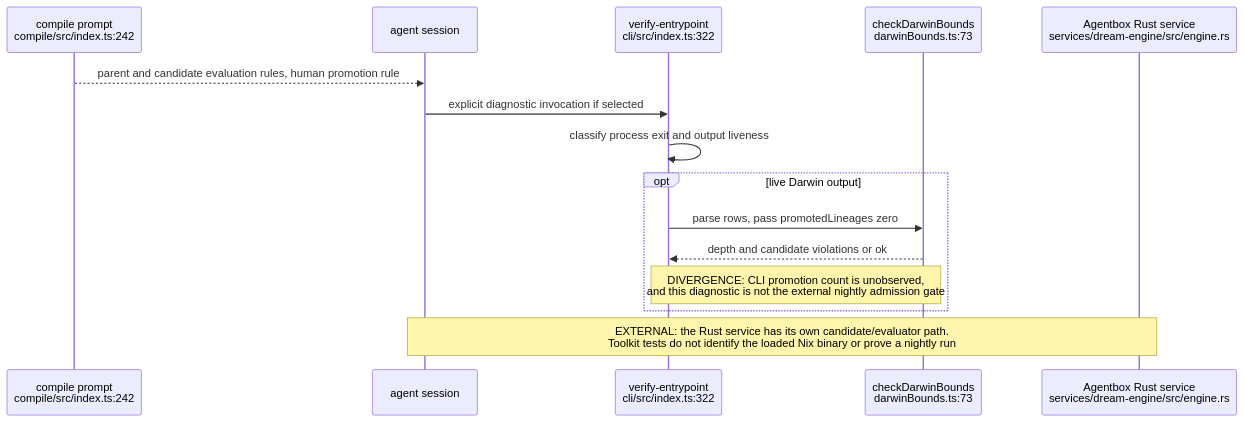
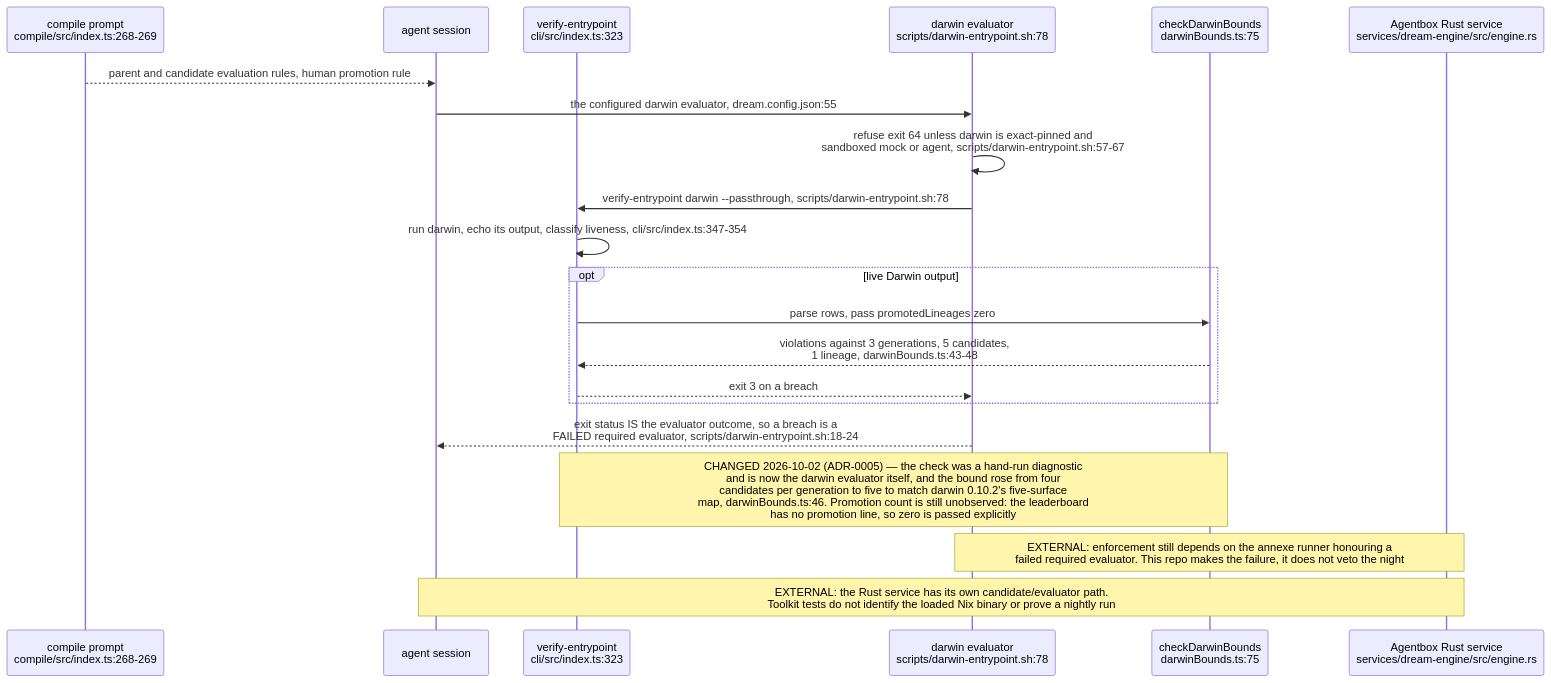
The second of 5 diagrams in docs/diagrams/estate/90-evidence-and-supporting-repositories.md (DreamLab-AI/VisionFlow), drawn with Mermaid before and after one commit. The commit also changed other lines of this file and 94 other files, not shown here.

First line of the commit message:
docs(diagrams): re-verify 130 topics against 2 October HEADs

````diff
--- a/docs/diagrams/estate/90-evidence-and-supporting-repositories.md
+++ b/docs/diagrams/estate/90-evidence-and-supporting-repositories.md
@@ -42,17 +44,23 @@
 ```mermaid
 sequenceDiagram
-    participant C as compile prompt<br/>compile/src/index.ts:242
+    participant C as compile prompt<br/>compile/src/index.ts:268-269
     participant A as agent session
-    participant D as verify-entrypoint<br/>cli/src/index.ts:322
-    participant B as checkDarwinBounds<br/>darwinBounds.ts:73
+    participant D as verify-entrypoint<br/>cli/src/index.ts:323
+    participant E as darwin evaluator<br/>scripts/darwin-entrypoint.sh:78
+    participant B as checkDarwinBounds<br/>darwinBounds.ts:75
     participant R as Agentbox Rust service<br/>services/dream-engine/src/engine.rs
     C-->>A: parent and candidate evaluation rules, human promotion rule
-    A->>D: explicit diagnostic invocation if selected
-    D->>D: classify process exit and output liveness
+    A->>E: the configured darwin evaluator, dream.config.json:55
+    E->>E: refuse exit 64 unless darwin is exact-pinned and<br/>sandboxed mock or agent, scripts/darwin-entrypoint.sh:57-67
+    E->>D: verify-entrypoint darwin --passthrough, scripts/darwin-entrypoint.sh:78
+    D->>D: run darwin, echo its output, classify liveness, cli/src/index.ts:347-354
     opt live Darwin output
         D->>B: parse rows, pass promotedLineages zero
-        B-->>D: depth and candidate violations or ok
-        Note over D,B: DIVERGENCE: CLI promotion count is unobserved,<br/>and this diagnostic is not the external nightly admission gate
+        B-->>D: violations against 3 generations, 5 candidates,<br/>1 lineage, darwinBounds.ts:43-48
+        D-->>E: exit 3 on a breach
     end
+    E-->>A: exit status IS the evaluator outcome, so a breach is a<br/>FAILED required evaluator, scripts/darwin-entrypoint.sh:18-24
+    Note over D,B: CHANGED 2026-10-02 (ADR-0005) — the check was a hand-run diagnostic<br/>and is now the darwin evaluator itself, and the bound rose from four<br/>candidates per generation to five to match darwin 0.10.2's five-surface<br/>map, darwinBounds.ts:46. Promotion count is still unobserved: the leaderboard<br/>has no promotion line, so zero is passed explicitly
+    Note over E,R: EXTERNAL: enforcement still depends on the annexe runner honouring a<br/>failed required evaluator. This repo makes the failure, it does not veto the night
     Note over A,R: EXTERNAL: the Rust service has its own candidate/evaluator path.<br/>Toolkit tests do not identify the loaded Nix binary or prove a nightly run
 ```
````
